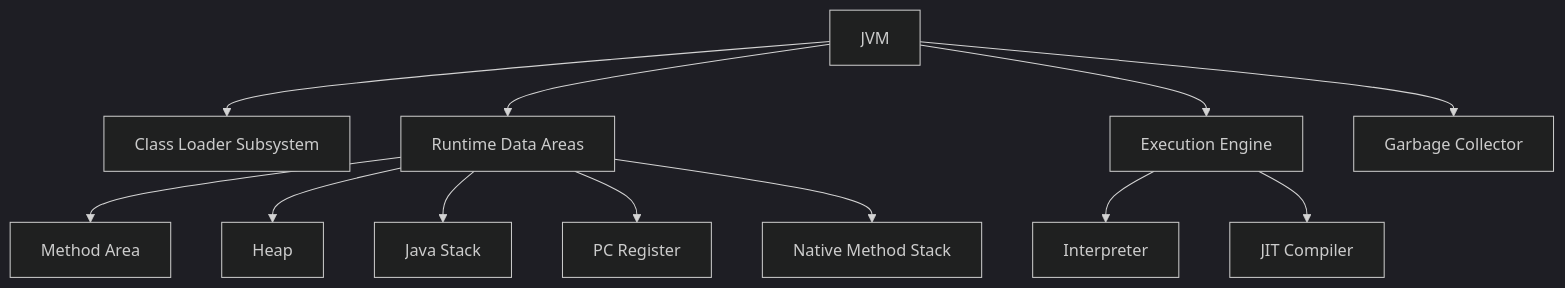
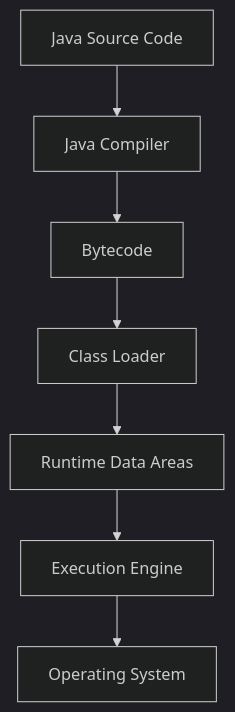
Before and after one commit to VrushankPatel/interview-matters: the diagram in jvm-internals-and-class-loading/README.md, drawn with Mermaid (dark theme). The commit also changed other lines of this file and 5 other files, not shown here.

Commit message:
kb: add/update topics Java Fundamentals, OOP Principles in Java, JVM Internals & Class Loading, Garbage Collection Algorithms, Multithreading & Concurrency in Java

````diff
--- a/jvm-internals-and-class-loading/README.md
+++ b/jvm-internals-and-class-loading/README.md
@@ -21,16 +27,9 @@
 ```mermaid
 graph TD
-    A[JVM] --> B[Class Loader Subsystem]
-    A --> C[Runtime Data Areas]
-    A --> D[Execution Engine]
-    A --> E[Garbage Collector]
-    
-    C --> F[Method Area]
-    C --> G[Heap]
-    C --> H[Java Stack]
-    C --> I[PC Register]
-    C --> J[Native Method Stack]
-    
-    D --> K[Interpreter]
-    D --> L[JIT Compiler]
+    A[Java Source Code] --> B[Java Compiler]
+    B --> C[Bytecode]
+    C --> D[Class Loader]
+    D --> E[Runtime Data Areas]
+    E --> F[Execution Engine]
+    F --> G[Operating System]
 ```
````
